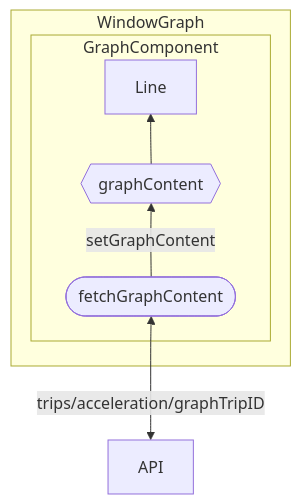
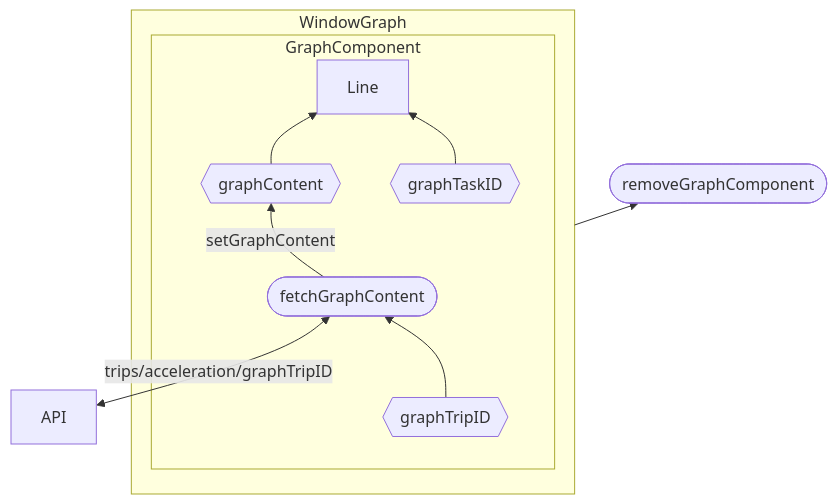
The diagram in docs/graph_component_model.mmd (DTU-Master-Courses/LiraMapFrontEnd), drawn with Mermaid before and after one commit. The commit also changed 6 other files, not shown here.

```diff
--- a/docs/graph_component_model.mmd
+++ b/docs/graph_component_model.mmd
@@ -1,15 +1,23 @@
 flowchart BT
     API
+    removeGraphComponent([removeGraphComponent])
 
     API <-- trips/acceleration/graphTripID --> fetchGraphContent
+    WindowGraph --> removeGraphComponent
     subgraph WindowGraph
         subgraph GraphComponent
+
         graphContent{{graphContent}}
+        graphTripID{{graphTripID}}
+        graphTaskID{{graphTaskID}}
+
         fetchGraphContent([fetchGraphContent])
 
+        graphTripID --> fetchGraphContent
         fetchGraphContent -- setGraphContent --> graphContent
 
         graphContent --> Line
+        graphTaskID --> Line
             Line
         end
     end
```
